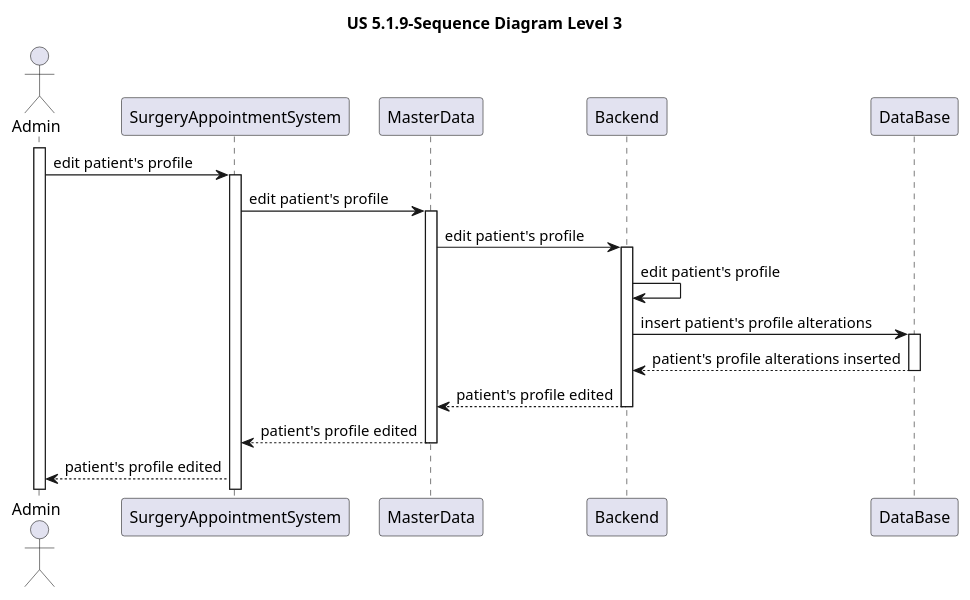
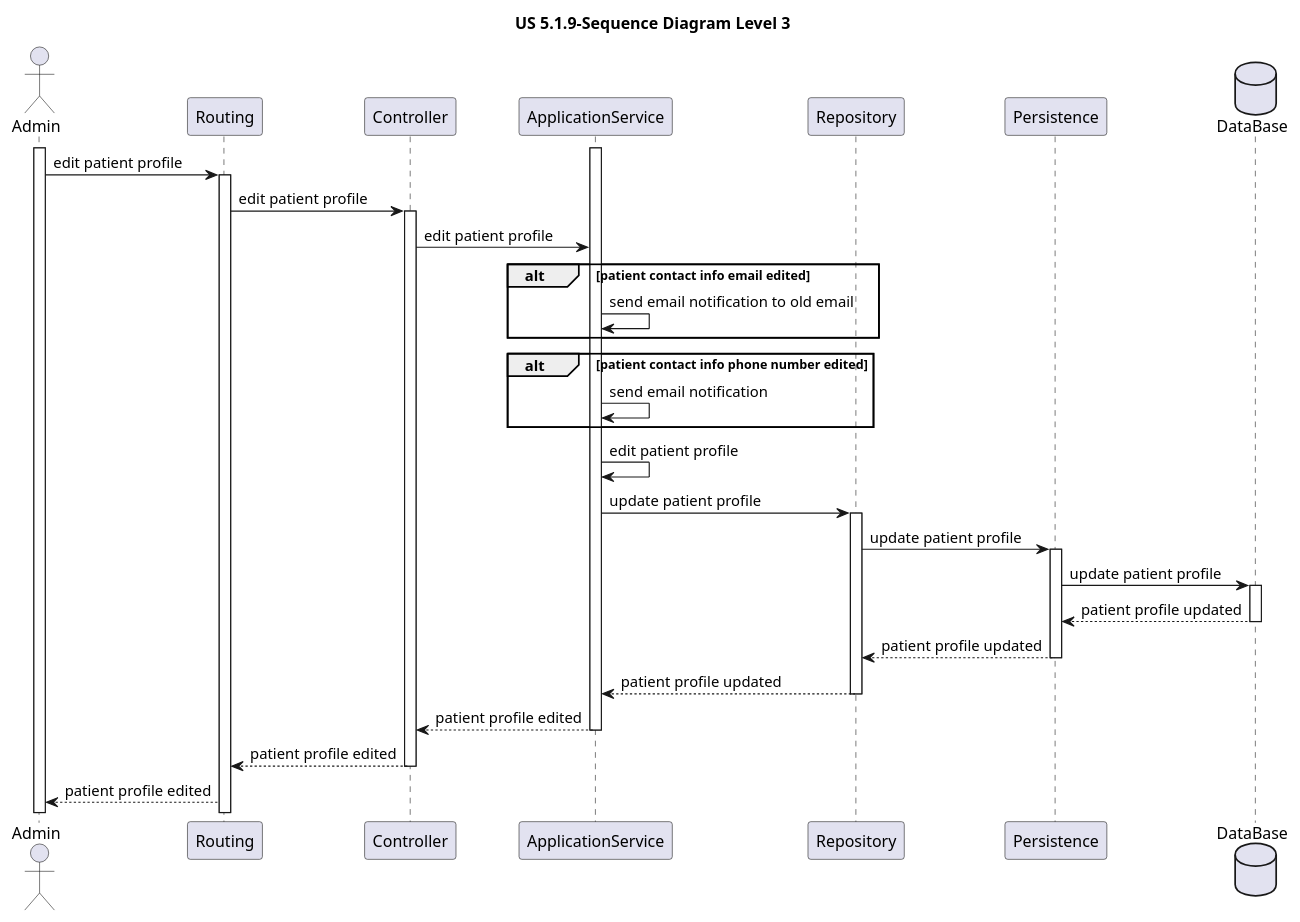
One commit to MateusCabral2004/sem5pi changed the diagram in docs/Sprint 1/US 5.1.9/Sequence Diagrams/Level3/SD_Level3.puml. Above: the diagram before and after it, drawn with PlantUML. The commit also changed 7 other files, not shown here.

Commit message:
#23 sequence diagram level 1

```diff
--- a/docs/Sprint 1/US 5.1.9/Sequence Diagrams/Level3/SD_Level3.puml
+++ b/docs/Sprint 1/US 5.1.9/Sequence Diagrams/Level3/SD_Level3.puml
@@ -1,42 +1,64 @@
 @startuml
 
 title US 5.1.9-Sequence Diagram Level 3
 
 actor Admin
-participant SurgeryAppointmentSystem
-participant MasterData
-participant Backend
-participant DataBase
+participant Routing
+participant Controller
+participant ApplicationService
+participant Repository
+participant Persistence
+database DataBase
 
 activate Admin
 
-Admin -> SurgeryAppointmentSystem: edit patient's profile
+Admin -> Routing: edit patient profile
 
-activate SurgeryAppointmentSystem
+activate Routing
 
-SurgeryAppointmentSystem -> MasterData: edit patient's profile
+Routing -> Controller: edit patient profile
 
-activate MasterData
+activate Controller
 
-MasterData -> Backend: edit patient's profile
-activate Backend
+Controller -> ApplicationService: edit patient profile
+alt patient contact info email edited
+ApplicationService -> ApplicationService: send email notification to old email
+end
+alt patient contact info phone number edited
+ApplicationService -> ApplicationService: send email notification
+end
 
-Backend -> Backend: edit patient's profile
+activate ApplicationService
 
-Backend -> DataBase: insert patient's profile alterations
+ApplicationService -> ApplicationService: edit patient profile
+
+ApplicationService -> Repository: update patient profile
+activate Repository
+
+Repository -> Persistence: update patient profile
+activate Persistence
+
+Persistence -> DataBase:update patient profile
 activate DataBase
 
-DataBase --> Backend: patient's profile alterations inserted
+DataBase --> Persistence:patient profile updated
 deactivate DataBase
 
-Backend --> MasterData: patient's profile edited
+Persistence --> Repository:patient profile updated
+deactivate Persistence
 
-deactivate Backend
+Repository --> ApplicationService: patient profile updated
 
-MasterData --> SurgeryAppointmentSystem: patient's profile edited
+deactivate Repository
 
-deactivate MasterData
+ApplicationService --> Controller: patient profile edited
 
-SurgeryAppointmentSystem --> Admin: patient's profile edited
+deactivate ApplicationService
+
+Controller --> Routing: patient profile edited
+
+deactivate Controller
+
+Routing --> Admin: patient profile edited
 
 @enduml
```
